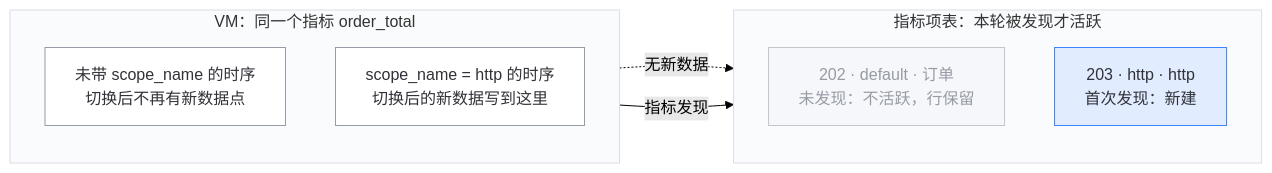
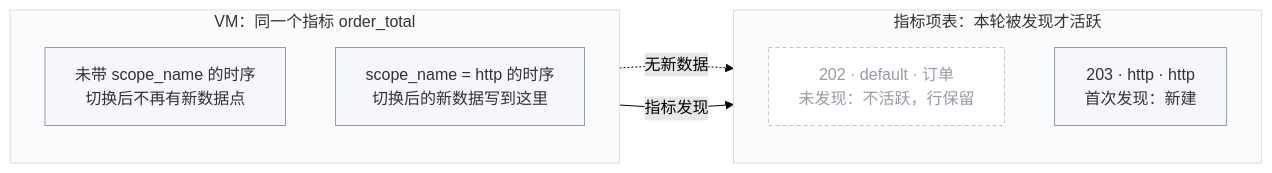
Before and after one commit to ZhuoZhuoCrayon/ai-workspace: the fifth of 28 diagrams in knowledge/bkmonitor/issues/2026-09-15-custom-metric-metadata/PLAN.md, drawn with Mermaid (forest theme). The commit also changed other lines of this file and 12 other files, not shown here.

````diff
--- a/knowledge/bkmonitor/issues/2026-09-15-custom-metric-metadata/PLAN.md
+++ b/knowledge/bkmonitor/issues/2026-09-15-custom-metric-metadata/PLAN.md
@@ -161,23 +307,21 @@
 ```mermaid
 flowchart LR
     subgraph VM["VM：同一个指标 order_total"]
         direction TB
         S1["未带 scope_name 的时序<br/>切换后不再有新数据点"]
         S2["scope_name = http 的时序<br/>切换后的新数据写到这里"]
     end
     subgraph Rows["指标项表：本轮被发现才活跃"]
         direction TB
         R1["202 · default · 订单<br/>未发现：不活跃，行保留"]
         R2["203 · http · http<br/>首次发现：新建"]
     end
     S1 -. 无新数据 .-> R1
     S2 -- 指标发现 --> R2
-    classDef series fill:#FFFFFF,stroke:#979BA5,color:#313238
-    classDef active fill:#E1ECFF,stroke:#3A84FF,color:#313238
-    classDef inactive fill:#F5F7FA,stroke:#C4C6CC,color:#979BA5
-    class S1,S2 series
-    class R2 active
+    classDef kept fill:#F5F7FA,stroke:#979BA5,color:#313238
+    classDef inactive fill:#FFFFFF,stroke:#C4C6CC,color:#979BA5,stroke-dasharray:4 3
+    class S1,S2,R2 kept
     class R1 inactive
     style VM fill:#FAFBFD,stroke:#DCDEE5
     style Rows fill:#FAFBFD,stroke:#DCDEE5
 ```
````
